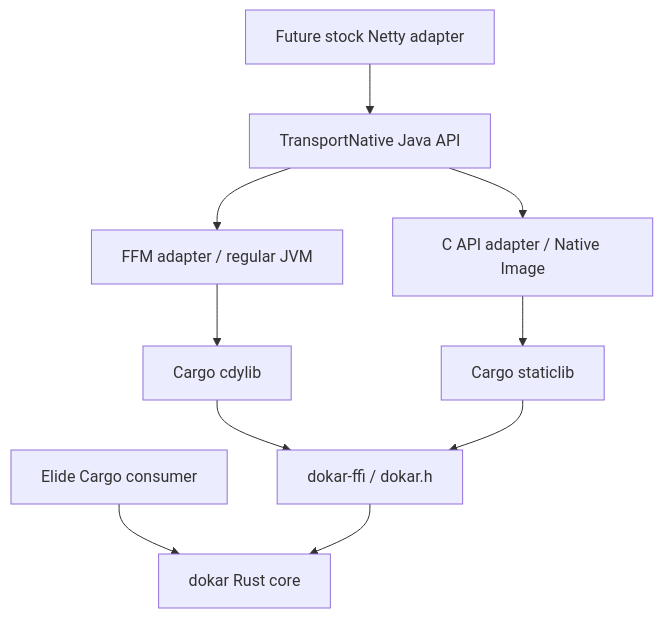
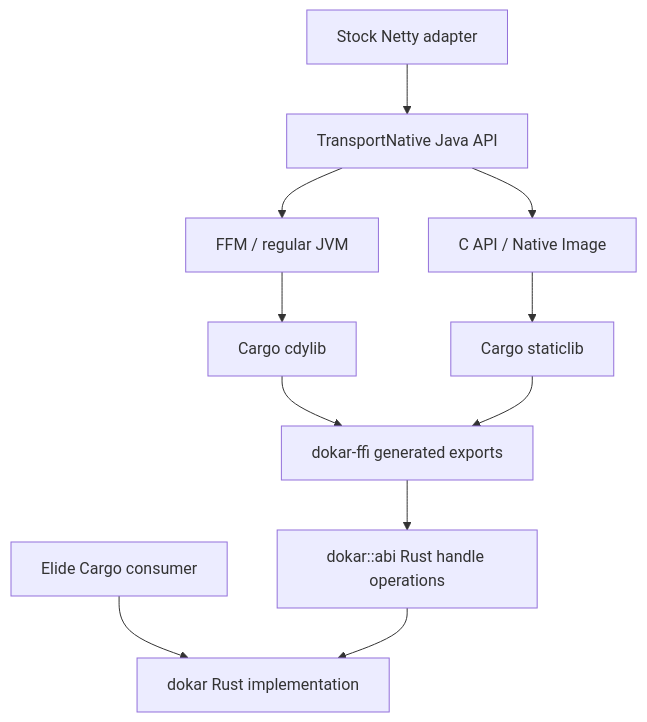
The diagram in docs/architecture.md (elide-dev/bemo), drawn with Mermaid before and after one commit. The commit also changed other lines of this file and 67 other files, not shown here.

Commit message:
feat: migrate Netty transport bindings and verify JVM distributions

````diff
--- a/docs/architecture.md
+++ b/docs/architecture.md
@@ -3,12 +3,13 @@
 ```mermaid
 flowchart TD
-  Elide[Elide Cargo consumer] --> Core[dokar Rust core]
-  Netty[Future stock Netty adapter] --> API[TransportNative Java API]
-  API --> FFM[FFM adapter / regular JVM]
-  API --> SVM[C API adapter / Native Image]
+  Elide[Elide Cargo consumer] --> Core[dokar Rust implementation]
+  Netty[Stock Netty adapter] --> API[TransportNative Java API]
+  API --> FFM[FFM / regular JVM]
+  API --> SVM[C API / Native Image]
   FFM --> Shared[Cargo cdylib]
   SVM --> Static[Cargo staticlib]
-  Shared --> ABI[dokar-ffi / dokar.h]
+  Shared --> ABI[dokar-ffi generated exports]
   Static --> ABI
-  ABI --> Core
+  ABI --> Handles[dokar::abi Rust handle operations]
+  Handles --> Core
 ```
````
